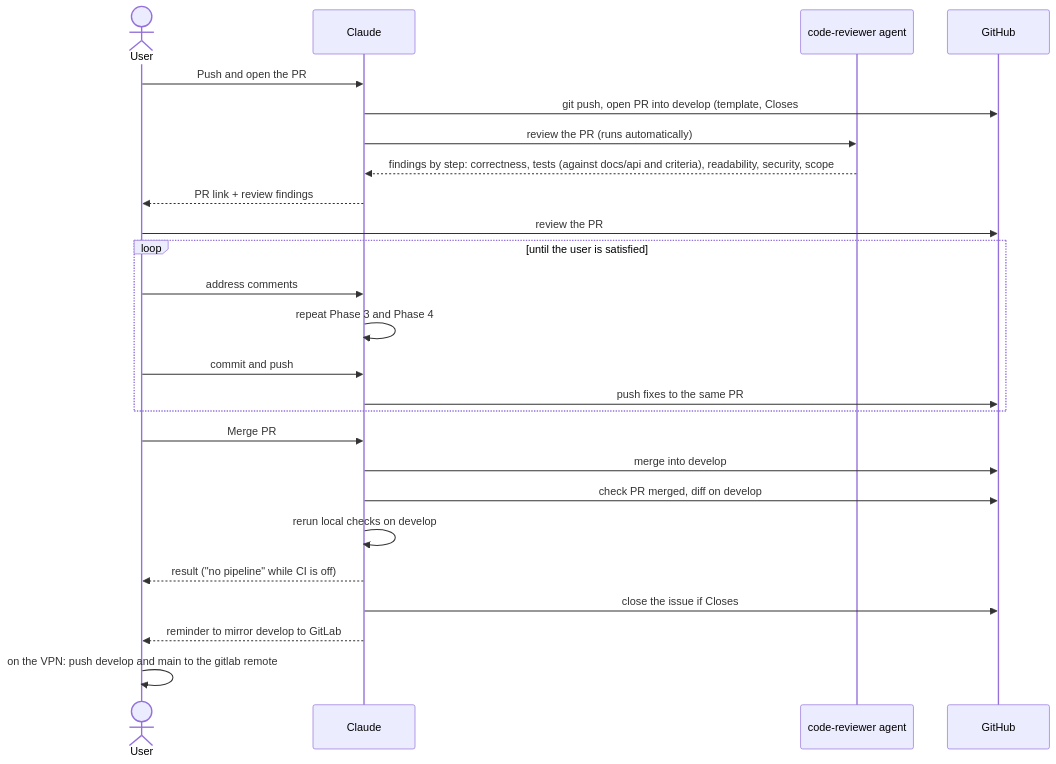
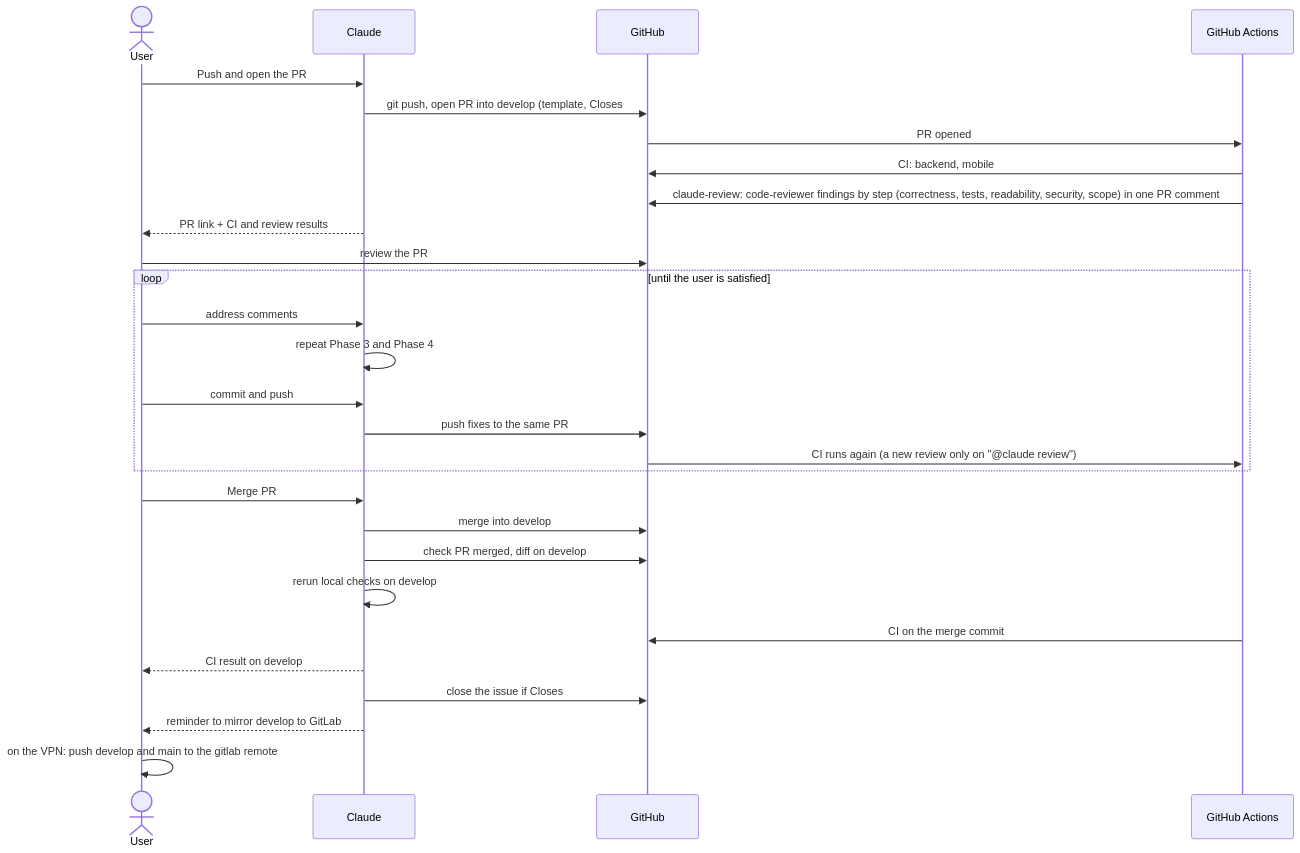
Before and after one commit to huynguyennang-agilityio/claude-code-training: the third of 4 diagrams in docs/workflow.md, drawn with Mermaid. The commit also changed other lines of this file and 4 other files, not shown here.

Commit message:
docs: describe CI and Claude on GitHub (Closes #43)

````diff
--- a/docs/workflow.md
+++ b/docs/workflow.md
@@ -68,27 +68,30 @@
 ```mermaid
 sequenceDiagram
     actor U as User
     participant C as Claude
-    participant R as code-reviewer agent
     participant G as GitHub
+    participant A as GitHub Actions
     U->>C: Push and open the PR
     C->>G: git push, open PR into develop (template, Closes #id)
-    C->>R: review the PR (runs automatically)
-    R-->>C: findings by step: correctness, tests (against docs/api and criteria), readability, security, scope
-    C-->>U: PR link + review findings
+    G->>A: PR opened
+    A->>G: CI: backend, mobile
+    A->>G: claude-review: code-reviewer findings by step (correctness, tests, readability, security, scope) in one PR comment
+    C-->>U: PR link + CI and review results
     U->>G: review the PR
     loop until the user is satisfied
         U->>C: address comments
         C->>C: repeat Phase 3 and Phase 4
         U->>C: commit and push
         C->>G: push fixes to the same PR
+        G->>A: CI runs again (a new review only on "@claude review")
     end
     U->>C: Merge PR #id
     C->>G: merge into develop
     C->>G: check PR merged, diff on develop
     C->>C: rerun local checks on develop
-    C-->>U: result ("no pipeline" while CI is off)
+    A->>G: CI on the merge commit
+    C-->>U: CI result on develop
     C->>G: close the issue if Closes #id did not
     C-->>U: reminder to mirror develop to GitLab
     U->>U: on the VPN: push develop and main to the gitlab remote
 ```
````
